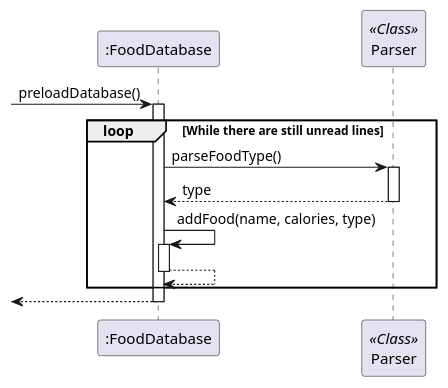
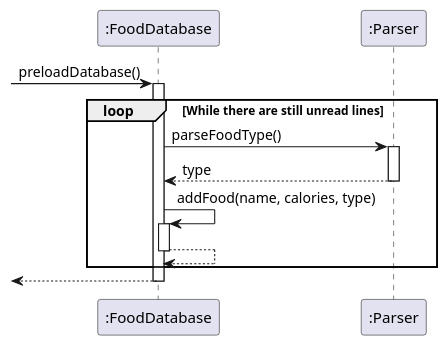
Before and after one commit to praj-bellakka/tp: the diagram in docs/diagrams-DG/FoodDatabase_preloadDatabase_Seq.puml, drawn with PlantUML. The commit also changed 1 other file, not shown here.

```diff
--- a/docs/diagrams-DG/FoodDatabase_preloadDatabase_Seq.puml
+++ b/docs/diagrams-DG/FoodDatabase_preloadDatabase_Seq.puml
@@ -1,23 +1,21 @@
 @startuml
 'https://plantuml.com/sequence-diagram
 
-
 -> ":FoodDatabase": preloadDatabase()
-participant Parser << Class >>
 activate ":FoodDatabase"
 
 loop While there are still unread lines
 
-    ":FoodDatabase" -> Parser: parseFoodType()
-    activate Parser
+    ":FoodDatabase" -> ":Parser": parseFoodType()
+    activate ":Parser"
     return type
 
     ":FoodDatabase" -> ":FoodDatabase": addFood(name, calories, type)
     activate ":FoodDatabase"
     return
 
 
 end
 
 return
 @enduml
```
